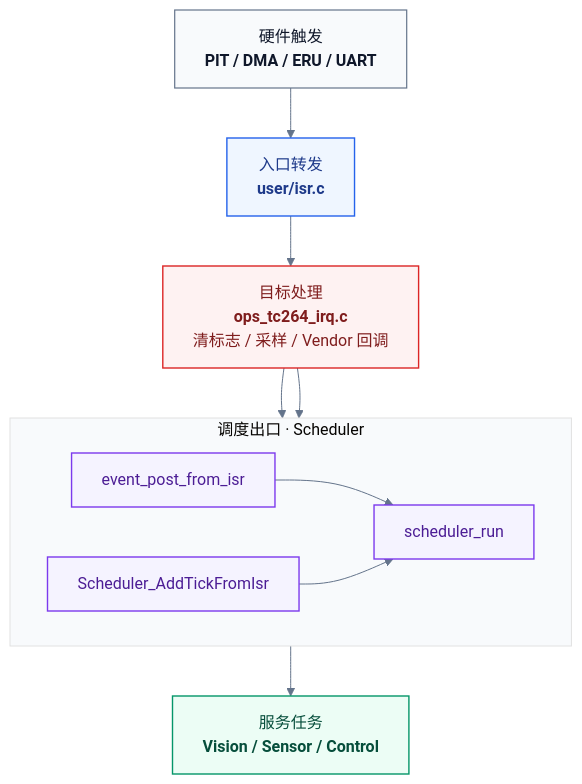
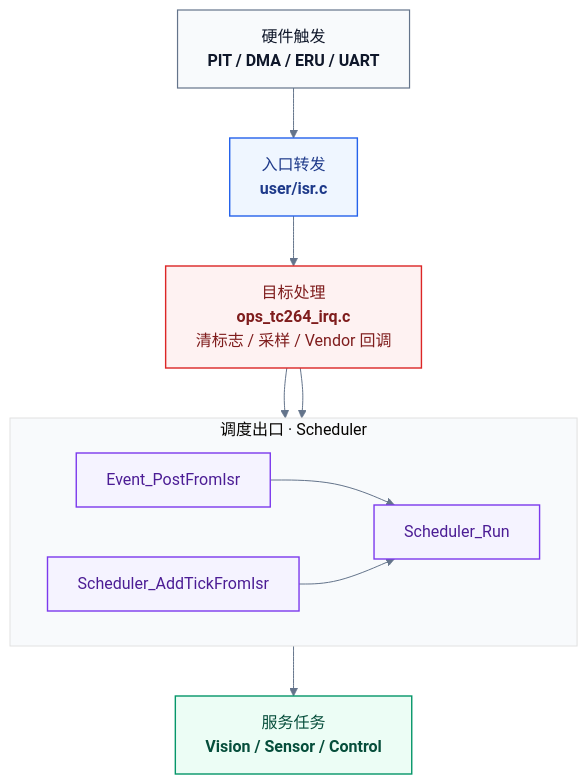
Before and after one commit to ParacosmYy/GS_Smart_car: the second of 2 diagrams in README.md, drawn with Mermaid. The commit also changed other lines of this file and 16 other files, not shown here.

````diff
--- a/README.md
+++ b/README.md
@@ -62,33 +62,33 @@
 ```mermaid
 %%{init: {"theme": "base", "themeVariables": {"fontFamily": "Inter, Microsoft YaHei, Arial", "primaryBorderColor": "#CBD5E1", "lineColor": "#64748B", "tertiaryColor": "#F8FAFC"}}}%%
 flowchart TB
     HW["硬件触发<br/><b>PIT / DMA / ERU / UART</b>"]
     ISR["入口转发<br/><b>user/isr.c</b>"]
     IRQ["目标处理<br/><b>ops_tc264_irq.c</b><br/>清标志 / 采样 / Vendor 回调"]
 
     subgraph SCHED["调度出口 · Scheduler"]
         direction LR
-        EVENT["event_post_from_isr"]
+        EVENT["Event_PostFromIsr"]
         TICK["Scheduler_AddTickFromIsr"]
-        LOOP["scheduler_run"]
+        LOOP["Scheduler_Run"]
     end
 
     TASK["服务任务<br/><b>Vision / Sensor / Control</b>"]
 
     HW --> ISR --> IRQ
     IRQ --> EVENT --> LOOP
     IRQ --> TICK --> LOOP
     LOOP --> TASK
 
     classDef hardware fill:#F8FAFC,stroke:#64748B,color:#0F172A,stroke-width:1.2px;
     classDef entry fill:#EFF6FF,stroke:#2563EB,color:#1E3A8A,stroke-width:1.4px;
     classDef target fill:#FEF2F2,stroke:#DC2626,color:#7F1D1D,stroke-width:1.4px;
     classDef scheduler fill:#F5F3FF,stroke:#7C3AED,color:#4C1D95,stroke-width:1.4px;
     classDef service fill:#ECFDF5,stroke:#059669,color:#064E3B,stroke-width:1.4px;
 
     class HW hardware
     class ISR entry
     class IRQ target
     class EVENT,TICK,LOOP scheduler
     class TASK service
 ```
````
